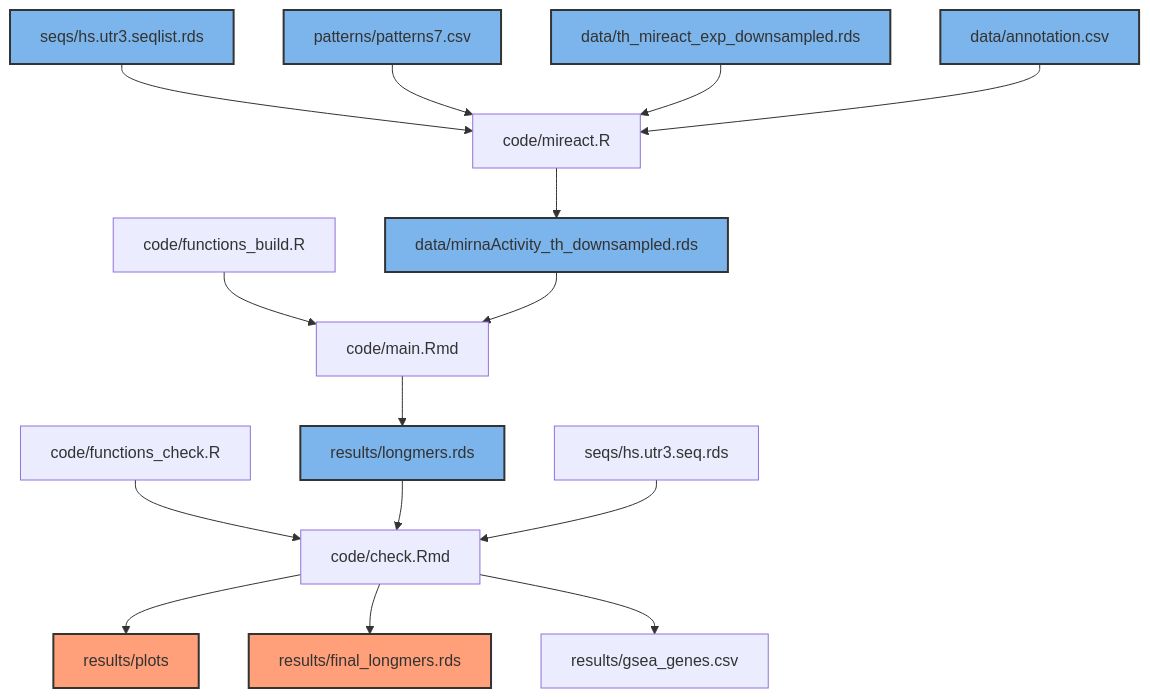
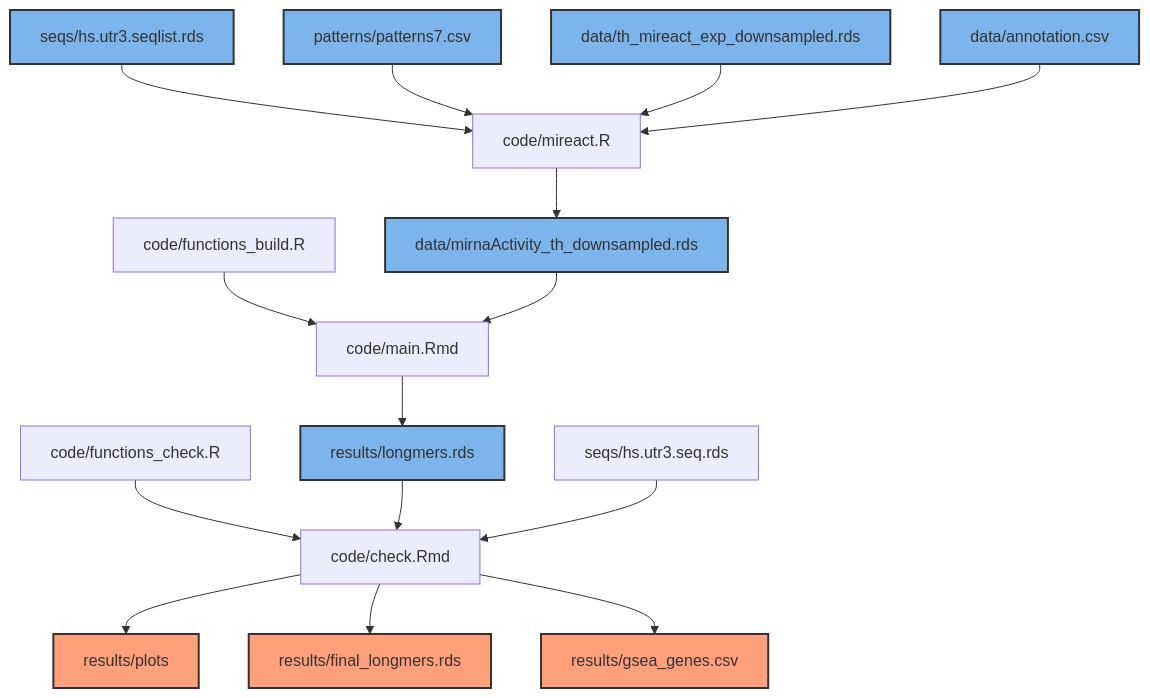
One commit to PaulaRodrigoMartin/longermer changed the diagram in README.md. Above: the diagram before and after it, drawn with Mermaid.

````diff
--- a/README.md
+++ b/README.md
@@ -4,48 +4,49 @@
 ```mermaid
 graph TD;
     seqlist[seqs/hs.utr3.seqlist.rds]
     seqs[seqs/hs.utr3.seq.rds]
     mireact_input[data/th_mireact_exp_downsampled.rds]
     miReact_output[data/mirnaActivity_th_downsampled.rds]
     7mers[patterns/patterns7.csv]
     annotation[data/annotation.csv]
     miReact[code/mireact.R]
     functions[code/functions_build.R]
     functionsc[code/functions_check.R]
     main_notebook[code/main.Rmd]
     check_notebook[code/check.Rmd]
     GSEA[results/gsea_genes.csv]
     plots[results/plots]
     longmers[results/longmers.rds]
     finallongmers[results/final_longmers.rds]
     
 
     style seqlist fill:#7cb5ec,stroke:#333,stroke-width:2px;
     style miReact_output fill:#7cb5ec,stroke:#333,stroke-width:2px;
     style 7mers fill:#7cb5ec,stroke:#333,stroke-width:2px;
     style mireact_input fill:#7cb5ec,stroke:#333,stroke-width:2px;
     %%style seqs fill:#7cb5ec,stroke:#333,stroke-width:2px;
     style annotation fill:#7cb5ec,stroke:#333,stroke-width:2px;
     style longmers fill:#7cb5ec,stroke:#333,stroke-width:2px;
     style finallongmers fill:#FFA07A,stroke:#333,stroke-width:2px;
     style plots fill:#FFA07A,stroke:#333,stroke-width:2px;
+    style GSEA fill:#FFA07A,stroke:#333,stroke-width:2px;
 
 
     seqlist-->miReact
     7mers-->miReact
     mireact_input-->miReact
     annotation-->miReact
     miReact-->miReact_output
     functions-->main_notebook
     functionsc-->check_notebook
     main_notebook-->longmers
     longmers-->check_notebook
     check_notebook-->plots
     check_notebook-->finallongmers
     check_notebook-->GSEA
     %%finallongmers-->GSEA
     %%seqs-->GSEA
     miReact_output-->main_notebook
     seqs --> check_notebook
 
 ```
````
